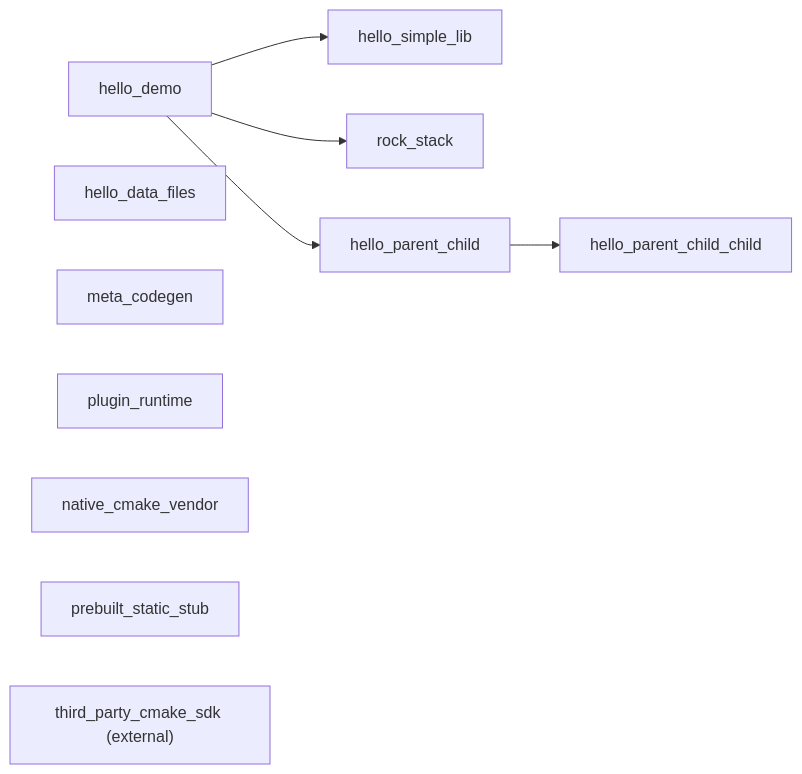
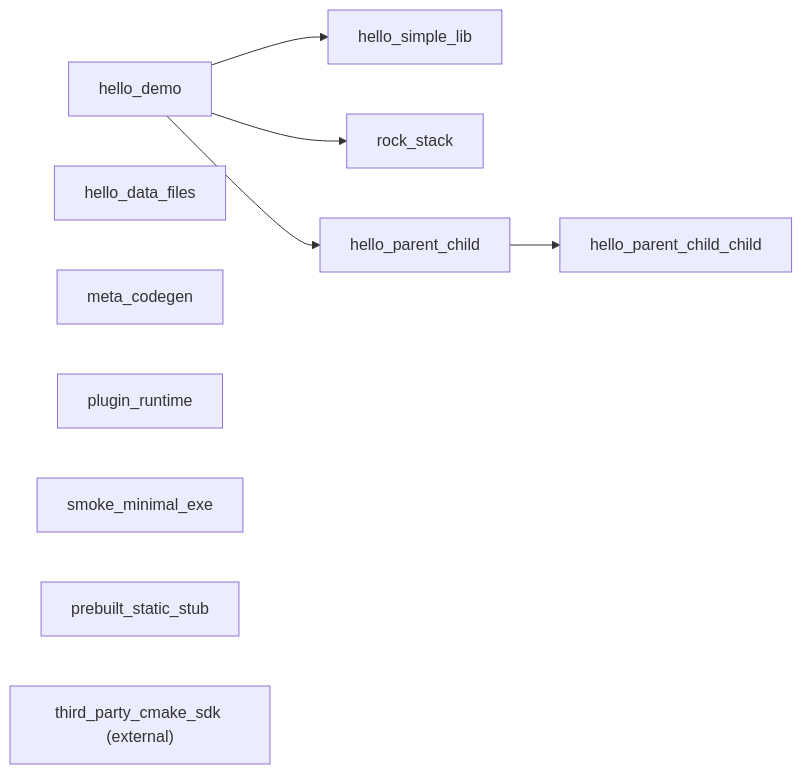
Before and after one commit to shelltdf/up: the diagram in test_projects/README.md, drawn with Mermaid. The commit also changed other lines of this file and 69 other files, not shown here.

````diff
--- a/test_projects/README.md
+++ b/test_projects/README.md
@@ -24,18 +24,18 @@
 ```mermaid
 flowchart LR
   hello_simple_lib["hello_simple_lib"]
   hello_demo["hello_demo"]
   rock_stack["rock_stack"]
   hello_parent_child["hello_parent_child"]
   hello_parent_child_child["hello_parent_child_child"]
   hello_data_files["hello_data_files"]
   meta_codegen["meta_codegen"]
   plugin_runtime["plugin_runtime"]
-  native_cmake_vendor["native_cmake_vendor"]
+  smoke_minimal_exe["smoke_minimal_exe"]
   prebuilt_static_stub["prebuilt_static_stub"]
   thirdPartyCmakeSdk["third_party_cmake_sdk (external)"]
   hello_demo --> hello_simple_lib
   hello_demo --> rock_stack
   hello_demo --> hello_parent_child
   hello_parent_child --> hello_parent_child_child
 ```
````
